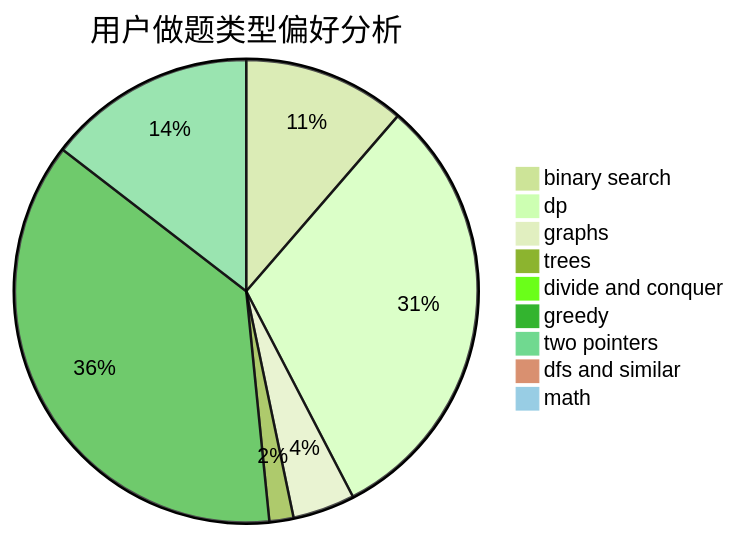
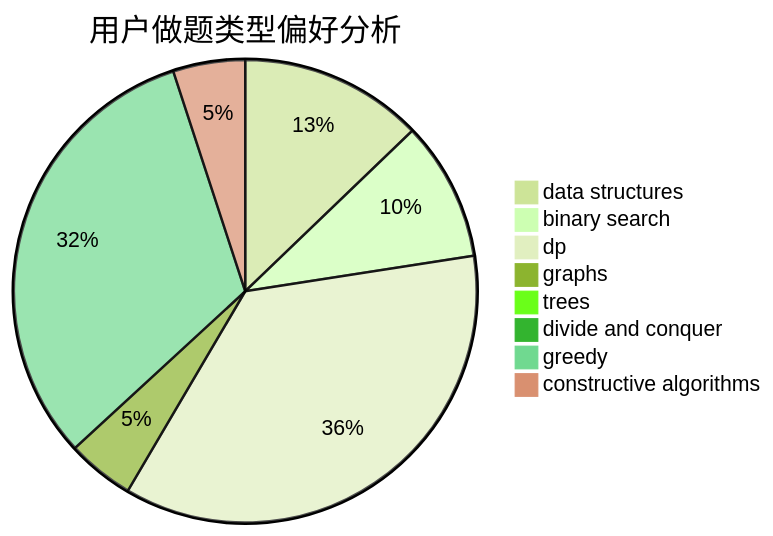
Before and after one commit to sherpahu/cfrs.github.io: the second of 3 diagrams in docs/user/u847.md, drawn with Mermaid (forest theme). The commit also changed other lines of this file and 2775 other files, not shown here.

````diff
--- a/docs/user/u847.md
+++ b/docs/user/u847.md
@@ -23,12 +23,11 @@
 ```mermaid
 pie title 用户做题类型偏好分析
-    "binary search" :  128
-    "dp" :  350
-    "graphs" :  49
-    "trees" :  19
-    "divide and conquer" :  3
-    "greedy" :  418
-    "two pointers" :  164
-    "dfs and similar" :  8
-    "math" :  8
+    "data structures" :  112
+    "binary search" :  85
+    "dp" :  314
+    "graphs" :  41
+    "trees" :  7
+    "divide and conquer" :  0
+    "greedy" :  278
+    "constructive algorithms" :  44
 ```
````
